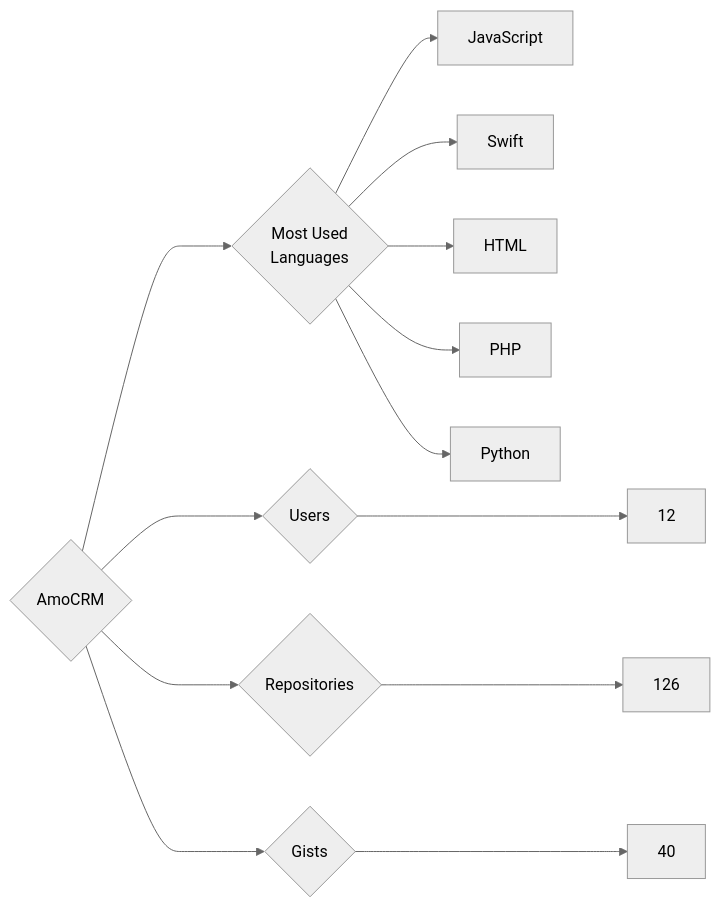
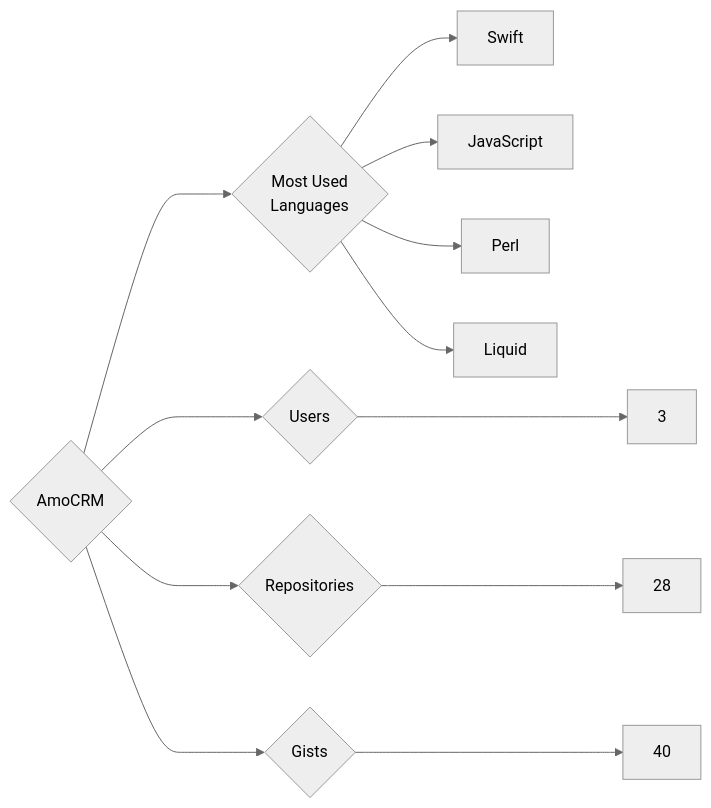
Before and after one commit to trickest/insiders: the diagram in targets/AmoCRM/README.md, drawn with Mermaid (neutral theme). The commit also changed 912 other files, not shown here.

````diff
--- a/targets/AmoCRM/README.md
+++ b/targets/AmoCRM/README.md
@@ -3,13 +3,12 @@
 ```mermaid
 graph LR
 COMPANY_NAME{AmoCRM}
-COMPANY_NAME ---> U{Users} ---> UN[12]
-COMPANY_NAME ---> R{Repositories} ---> RN[126]
+COMPANY_NAME ---> U{Users} ---> UN[3]
+COMPANY_NAME ---> R{Repositories} ---> RN[28]
 COMPANY_NAME ---> G{Gists} ---> GN[40]
 COMPANY_NAME ---> ML{Most Used<br>Languages}
+ML --> Swift[Swift]
 ML --> JavaScript[JavaScript]
-ML --> Swift[Swift]
-ML --> HTML[HTML]
-ML --> PHP[PHP]
-ML --> Python[Python]
+ML --> Perl[Perl]
+ML --> Liquid[Liquid]
 ```
````
